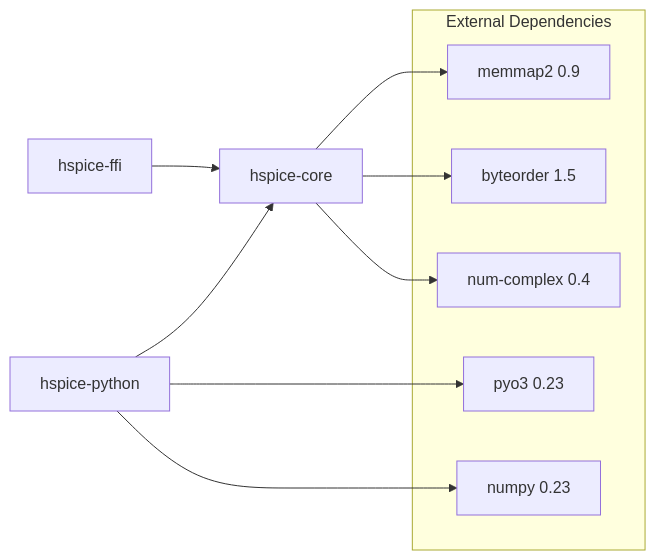
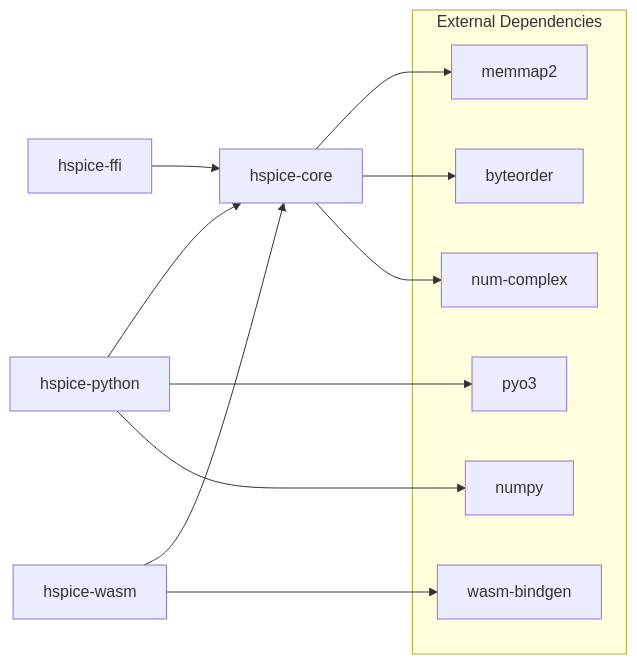
The second of 2 diagrams in docs/ARCHITECTURE.md (HaiwenZhang/hspice_tr0_parser), drawn with Mermaid before and after one commit. The commit also changed other lines of this file and 25 other files, not shown here.

````diff
--- a/docs/ARCHITECTURE.md
+++ b/docs/ARCHITECTURE.md
@@ -129,20 +106,24 @@
 ```mermaid
 graph LR
     subgraph External["External Dependencies"]
-        memmap2["memmap2 0.9"]
-        byteorder["byteorder 1.5"]
-        numcomplex["num-complex 0.4"]
-        pyo3["pyo3 0.23"]
-        numpy["numpy 0.23"]
+        memmap2["memmap2"]
+        byteorder["byteorder"]
+        numcomplex["num-complex"]
+        pyo3["pyo3"]
+        numpy["numpy"]
+        wasm["wasm-bindgen"]
     end
 
     Core["hspice-core"] --> memmap2
     Core --> byteorder
     Core --> numcomplex
 
     Python["hspice-python"] --> Core
     Python --> pyo3
     Python --> numpy
 
     FFI["hspice-ffi"] --> Core
+
+    WASM["hspice-wasm"] --> Core
+    WASM --> wasm
 ```
````
